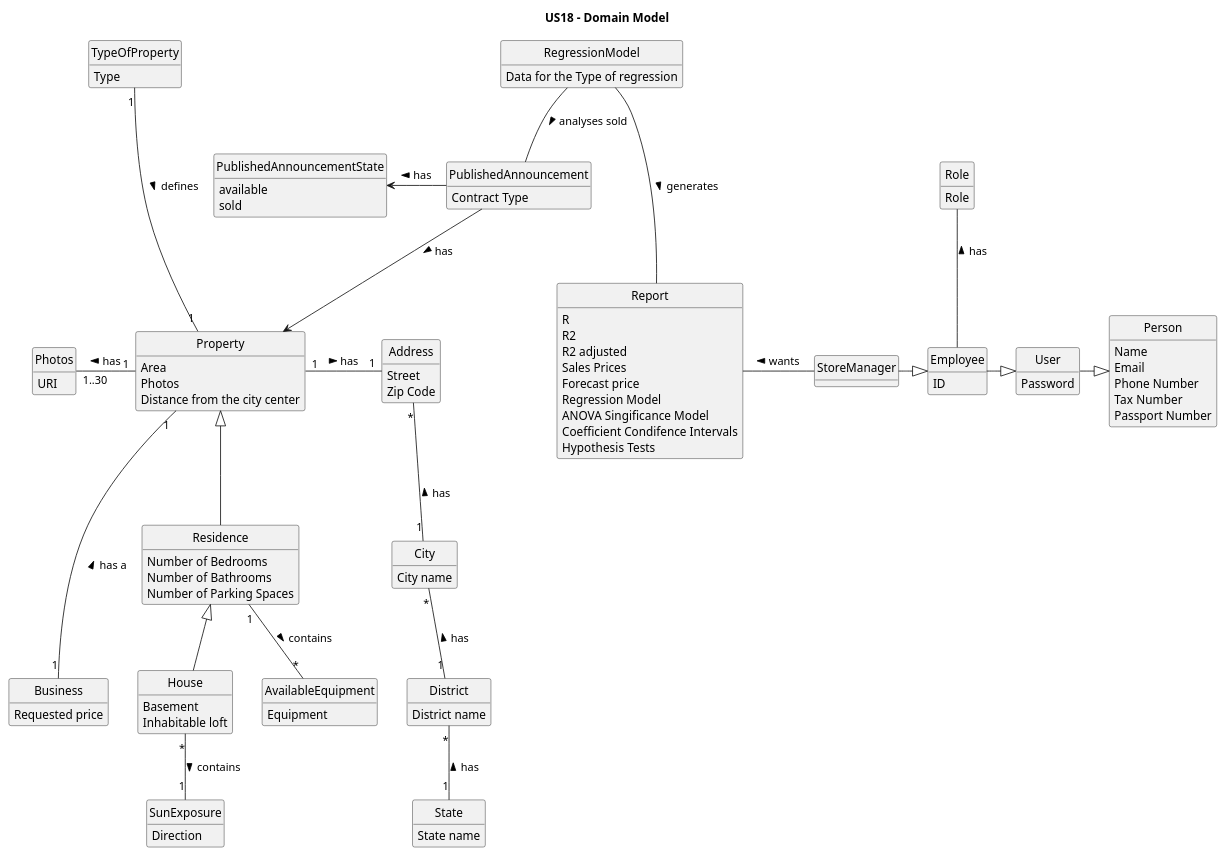
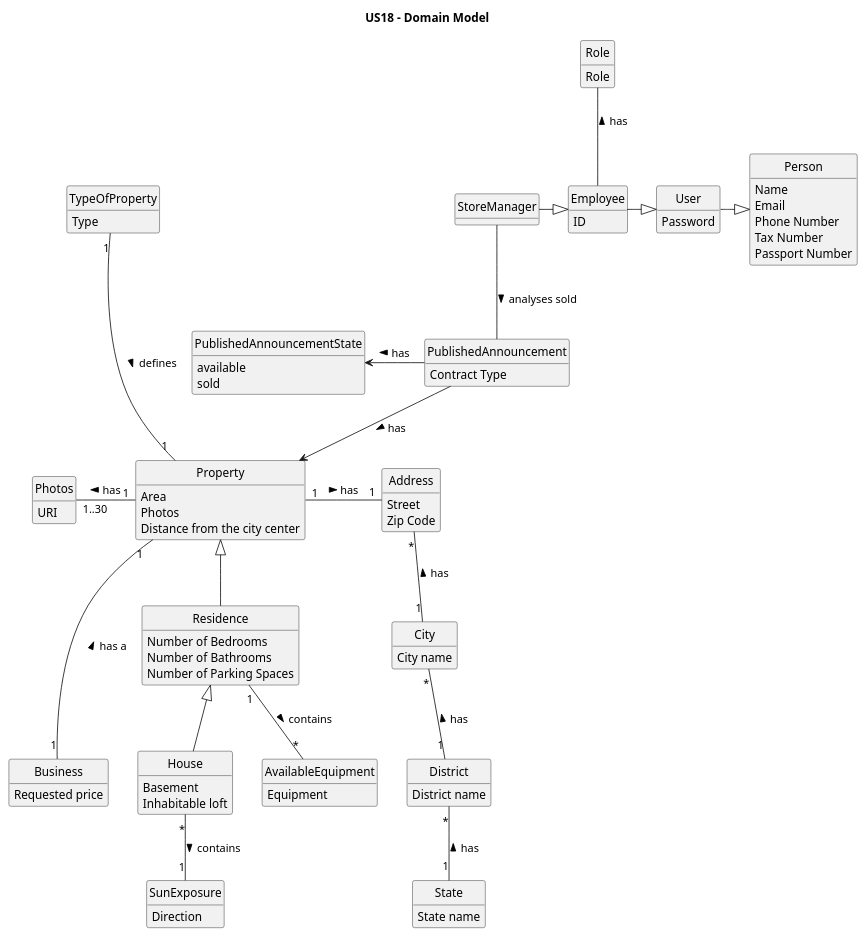
The diagram in docs/sprintD/US018/02.analysis/puml/us18-domain-model.puml (PureNimble/ISEP-LAPR2), drawn with PlantUML before and after one commit. The commit also changed 3 other files, not shown here.

```diff
--- a/docs/sprintD/US018/02.analysis/puml/us18-domain-model.puml
+++ b/docs/sprintD/US018/02.analysis/puml/us18-domain-model.puml
@@ -1,141 +1,124 @@
 @startuml
 
 title US18 - Domain Model
 
 
 skinparam groupInheritance 2
 skinparam monochrome true
 skinparam packageStyle rectangle
 skinparam shadowing false
 skinparam classAttributeIconSize 0
 hide circle
 hide methods
 
 class Employee {
     ID
 }
 
 class Role {
     Role
 }
 
 class StoreManager{
 
 }
 
 class Residence {
     Number of Bedrooms
     Number of Bathrooms
     Number of Parking Spaces
 }
 
 enum PublishedAnnouncementState {
   available
   sold
 }
 
 class Property {
     Area
     Photos
     Distance from the city center
 }
 
 class TypeOfProperty{
     Type
 }
 
 class Photos {
     URI
 }
 
 class House {
     Basement
     Inhabitable loft
 }
 
 class SunExposure {
     Direction
 }
 
 class AvailableEquipment {
     Equipment
 }
 
 class User {
     Password
 }
 
 class Person {
     Name
     Email
     Phone Number
     Tax Number
     Passport Number
 }
 
 class Address {
     Street
     Zip Code
 }
 
 class City {
     City name
 }
 
 class District {
     District name
 }
 
 class State {
     State name
 }
 
 class Business {
     Requested price
 }
 
 class PublishedAnnouncement {
 Contract Type
 }
 
-class Report{
-    R
-    R2
-    R2 adjusted
-    Sales Prices
-    Forecast price
-    Regression Model
-    ANOVA Singificance Model
-    Coefficient Condifence Intervals
-    Hypothesis Tests
-}
-
-class RegressionModel{
-    Data for the Type of regression
-}
-
 StoreManager -|> Employee
 Employee -up- Role : has >
 User -|> Person
 Employee -|> User
 
 District "1" -up- "*" City : has >
 State "1" -up- "*" District : has >
 City "1" -up- "*" Address : has >
 
 Property "1" --- "1" Business: has a <
 Residence <|-down- House
 Property <|-down- Residence
 Property "1" -left-- "1..30" Photos: has >
 SunExposure "1" -up- "*" House: contains <
 Address "1" -left- "1" Property: has <
 AvailableEquipment "*" -up- "1" Residence: contains <
 PublishedAnnouncement --> Property : has >
 TypeOfProperty "1" -down-- "1" Property: defines >
 
-RegressionModel -down- PublishedAnnouncement : analyses sold >
-RegressionModel --- Report : generates >
-StoreManager --left- Report : wants >
+StoreManager -down- PublishedAnnouncement : analyses sold >
 
 PublishedAnnouncement --left> PublishedAnnouncementState : has >
+
 @enduml
```
